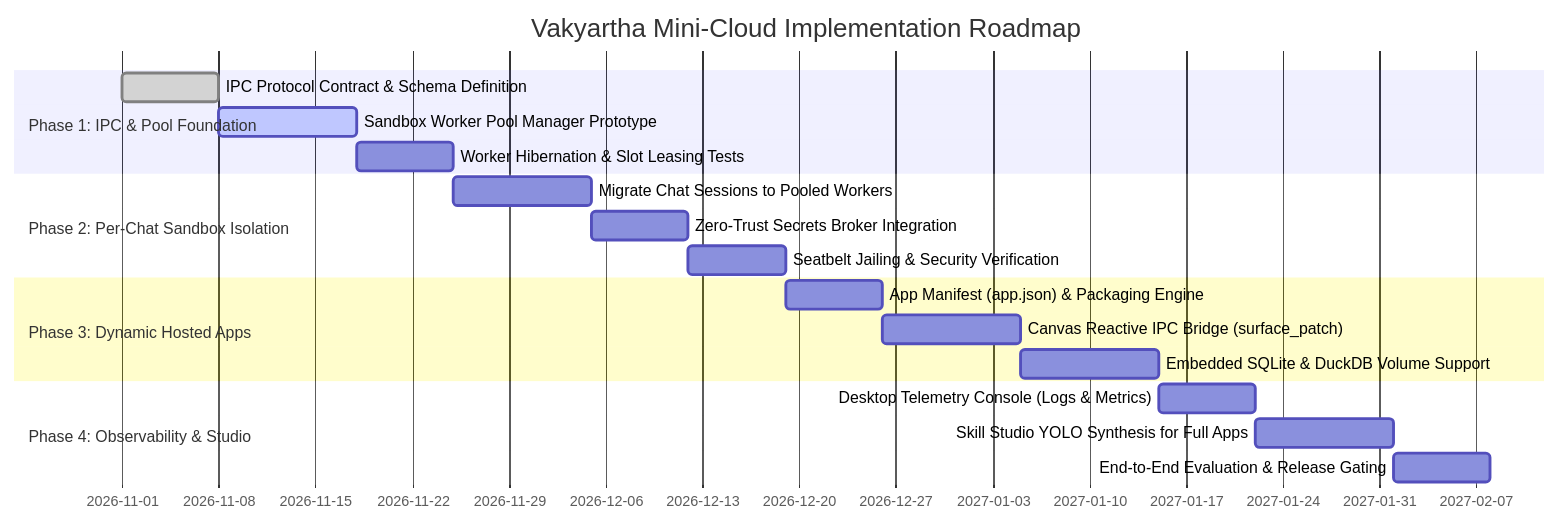
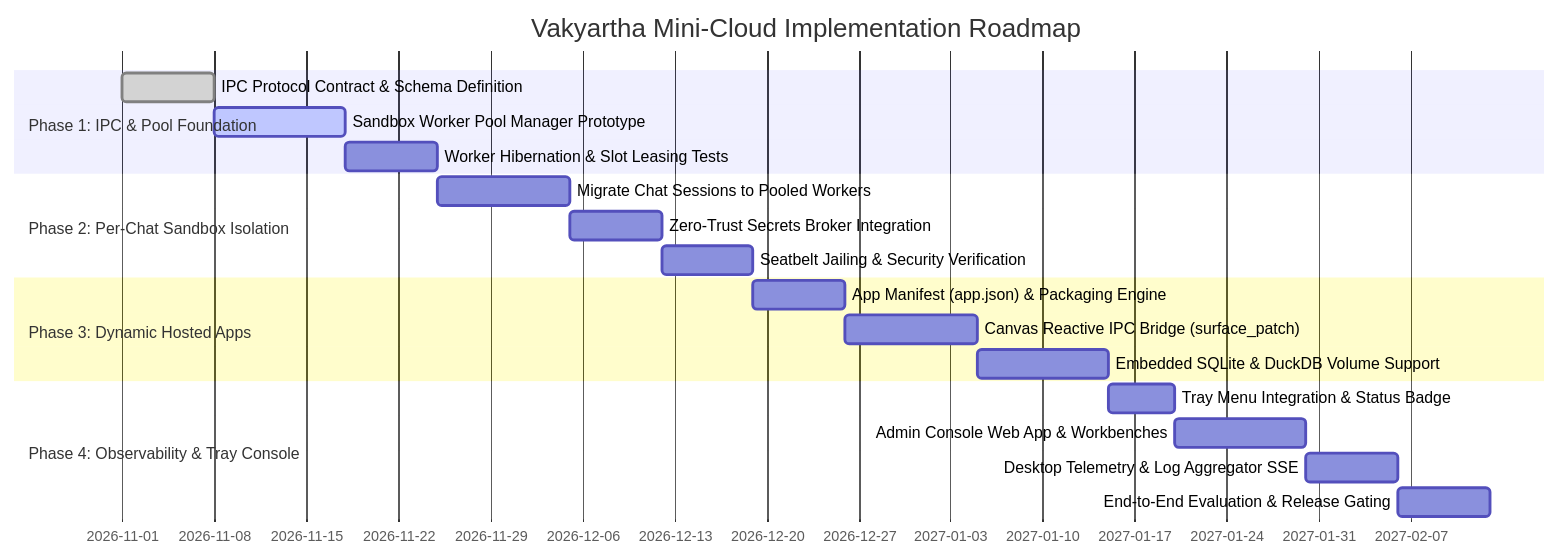
The sixth of 6 diagrams in docs/sandboxed-apps/ARCHITECTURE.md (nranjan2code/vakyartha), drawn with Mermaid before and after one commit. The commit also changed other lines of this file and 1 other file, not shown here.

Commit message:
docs(sandboxed-apps): add tray-launched admin & observability console architecture

````diff
--- a/docs/sandboxed-apps/ARCHITECTURE.md
+++ b/docs/sandboxed-apps/ARCHITECTURE.md
@@ -546,21 +663,22 @@
 ```mermaid
 gantt
     title Vakyartha Mini-Cloud Implementation Roadmap
     dateFormat  YYYY-MM-DD
     section Phase 1: IPC & Pool Foundation
     IPC Protocol Contract & Schema Definition :done, 2026-11-01, 7d
     Sandbox Worker Pool Manager Prototype      :active, 2026-11-08, 10d
     Worker Hibernation & Slot Leasing Tests    :2026-11-18, 7d
     section Phase 2: Per-Chat Sandbox Isolation
     Migrate Chat Sessions to Pooled Workers    :2026-11-25, 10d
     Zero-Trust Secrets Broker Integration      :2026-12-05, 7d
     Seatbelt Jailing & Security Verification   :2026-12-12, 7d
     section Phase 3: Dynamic Hosted Apps
     App Manifest (app.json) & Packaging Engine :2026-12-19, 7d
     Canvas Reactive IPC Bridge (surface_patch) :2026-12-26, 10d
     Embedded SQLite & DuckDB Volume Support    :2027-01-05, 10d
-    section Phase 4: Observability & Studio
-    Desktop Telemetry Console (Logs & Metrics) :2027-01-15, 7d
-    Skill Studio YOLO Synthesis for Full Apps  :2027-01-22, 10d
-    End-to-End Evaluation & Release Gating     :2027-02-01, 7d
+    section Phase 4: Observability & Tray Console
+    Tray Menu Integration & Status Badge       :2027-01-15, 5d
+    Admin Console Web App & Workbenches        :2027-01-20, 10d
+    Desktop Telemetry & Log Aggregator SSE     :2027-01-30, 7d
+    End-to-End Evaluation & Release Gating     :2027-02-06, 7d
 ```
````
